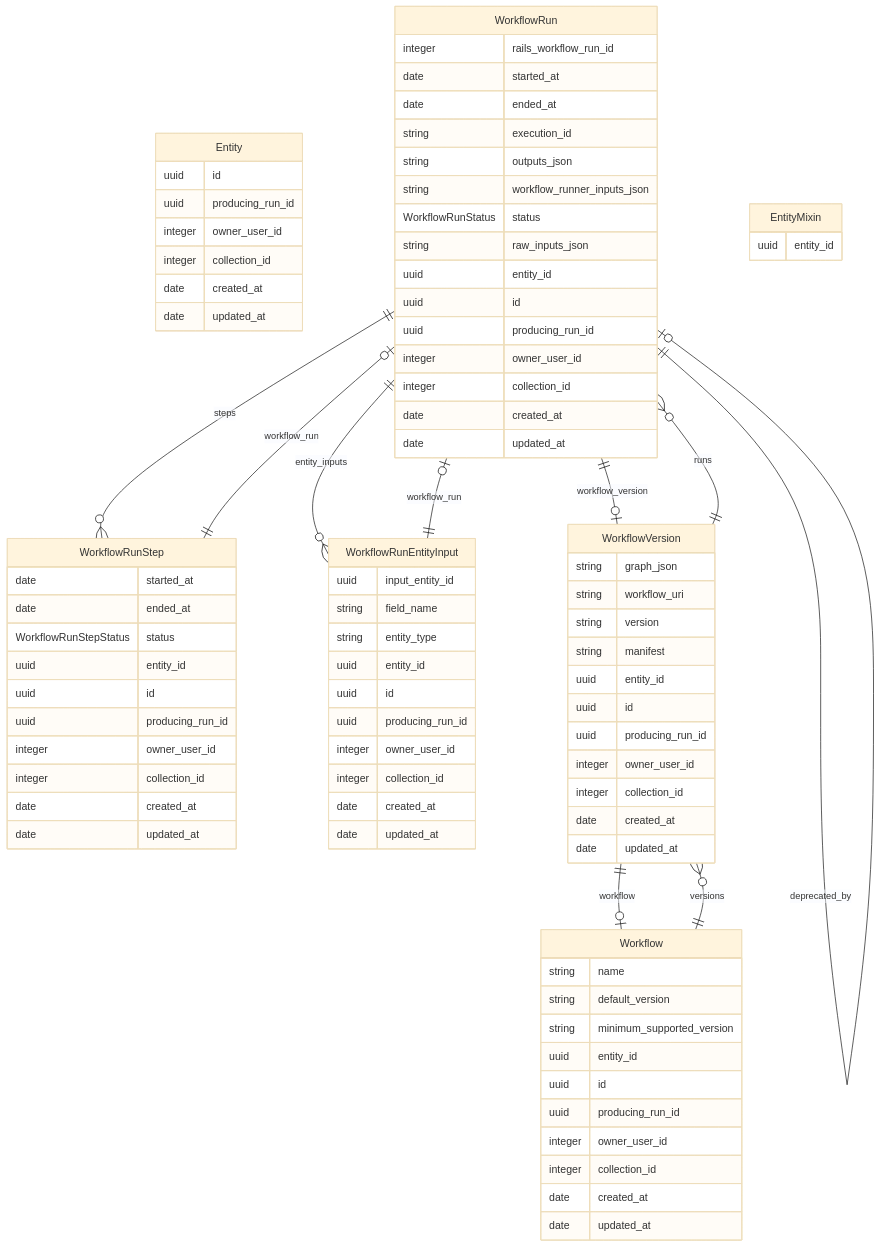
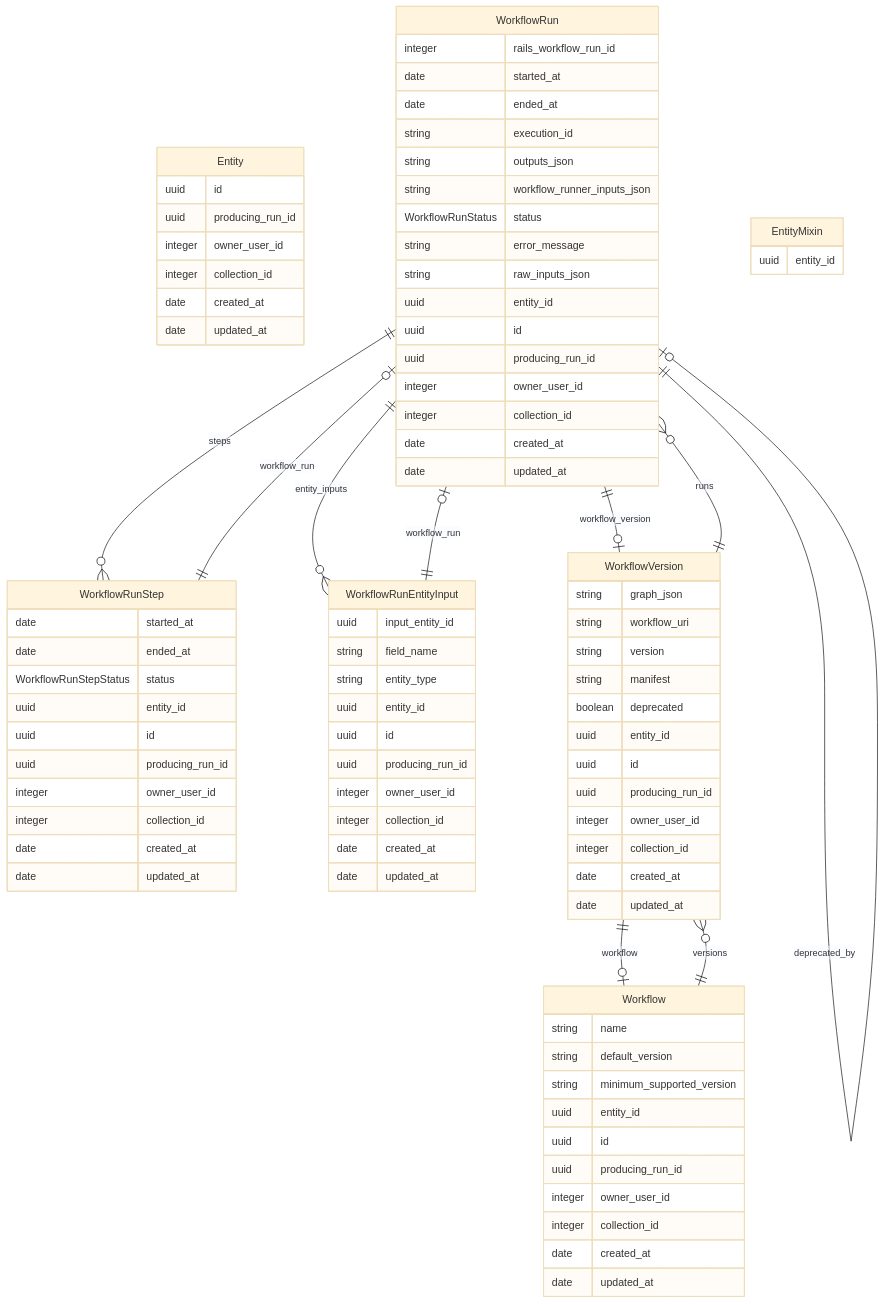
Before and after one commit to chanzuckerberg/czid-platformics: the diagram in workflows/schema/README.md, drawn with Mermaid (base theme). The commit also changed 14 other files, not shown here.

Commit message:
update schema

```diff
--- a/workflows/schema/README.md
+++ b/workflows/schema/README.md
@@ -16,6 +16,7 @@
     string outputs_json  
     string workflow_runner_inputs_json  
     WorkflowRunStatus status  
+    string error_message  
     string raw_inputs_json  
     uuid entity_id  
     uuid id  
@@ -66,6 +67,7 @@
     string workflow_uri  
     string version  
     string manifest  
+    boolean deprecated  
     uuid entity_id  
     uuid id  
     uuid producing_run_id  
```
